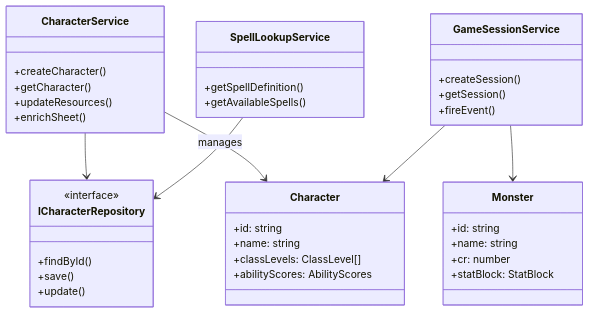
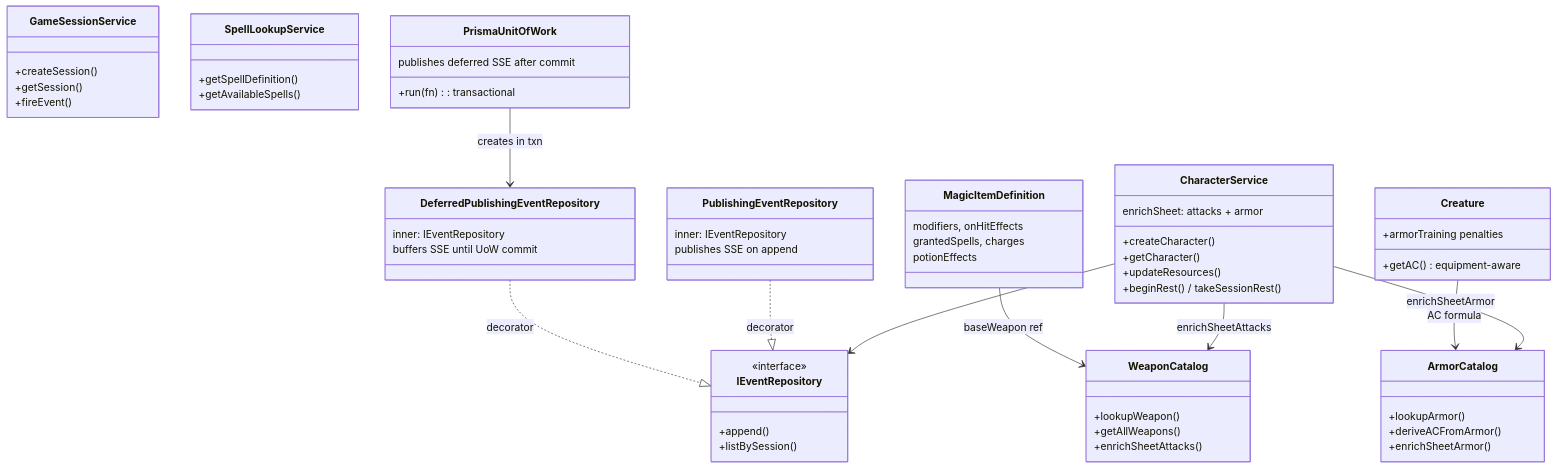
Before and after one commit to mweyamutsvene/DungeonMaster: the diagram in .github/instructions/entity-management.instructions.md, drawn with Mermaid. The commit also changed other lines of this file and 5 other files, not shown here.

First line of the commit message:
Expand all 6 flow instruction files based on SME audit

````diff
--- a/.github/instructions/entity-management.instructions.md
+++ b/.github/instructions/entity-management.instructions.md
@@ -13,42 +13,64 @@
 ```mermaid
 classDiagram
     class CharacterService {
         +createCharacter()
         +getCharacter()
         +updateResources()
-        +enrichSheet()
+        +beginRest() / takeSessionRest()
+        enrichSheet: attacks + armor
     }
     class GameSessionService {
         +createSession()
         +getSession()
         +fireEvent()
     }
     class SpellLookupService {
         +getSpellDefinition()
         +getAvailableSpells()
     }
-    class ICharacterRepository {
+    class IEventRepository {
         <<interface>>
-        +findById()
-        +save()
-        +update()
+        +append()
+        +listBySession()
     }
-    class Character {
-        +id: string
-        +name: string
-        +classLevels: ClassLevel[]
-        +abilityScores: AbilityScores
+    class PublishingEventRepository {
+        inner: IEventRepository
+        publishes SSE on append
     }
-    class Monster {
-        +id: string
-        +name: string
-        +cr: number
-        +statBlock: StatBlock
+    class DeferredPublishingEventRepository {
+        inner: IEventRepository
+        buffers SSE until UoW commit
+    }
+    class PrismaUnitOfWork {
+        +run(fn) : transactional
+        publishes deferred SSE after commit
+    }
+    class WeaponCatalog {
+        +lookupWeapon()
+        +getAllWeapons()
+        +enrichSheetAttacks()
+    }
+    class ArmorCatalog {
+        +lookupArmor()
+        +deriveACFromArmor()
+        +enrichSheetArmor()
+    }
+    class MagicItemDefinition {
+        modifiers, onHitEffects
+        grantedSpells, charges
+        potionEffects
+    }
+    class Creature {
+        +getAC() equipment-aware
+        +armorTraining penalties
     }
 
-    CharacterService --> ICharacterRepository
-    CharacterService --> Character : manages
-    GameSessionService --> Character
-    GameSessionService --> Monster
-    SpellLookupService --> ICharacterRepository
+    CharacterService --> IEventRepository
+    CharacterService --> WeaponCatalog : enrichSheetAttacks
+    CharacterService --> ArmorCatalog : enrichSheetArmor
+    PublishingEventRepository ..|> IEventRepository : decorator
+    DeferredPublishingEventRepository ..|> IEventRepository : decorator
+    PrismaUnitOfWork --> DeferredPublishingEventRepository : creates in txn
+    Creature --> ArmorCatalog : AC formula
+    MagicItemDefinition --> WeaponCatalog : baseWeapon ref
 ```
````
